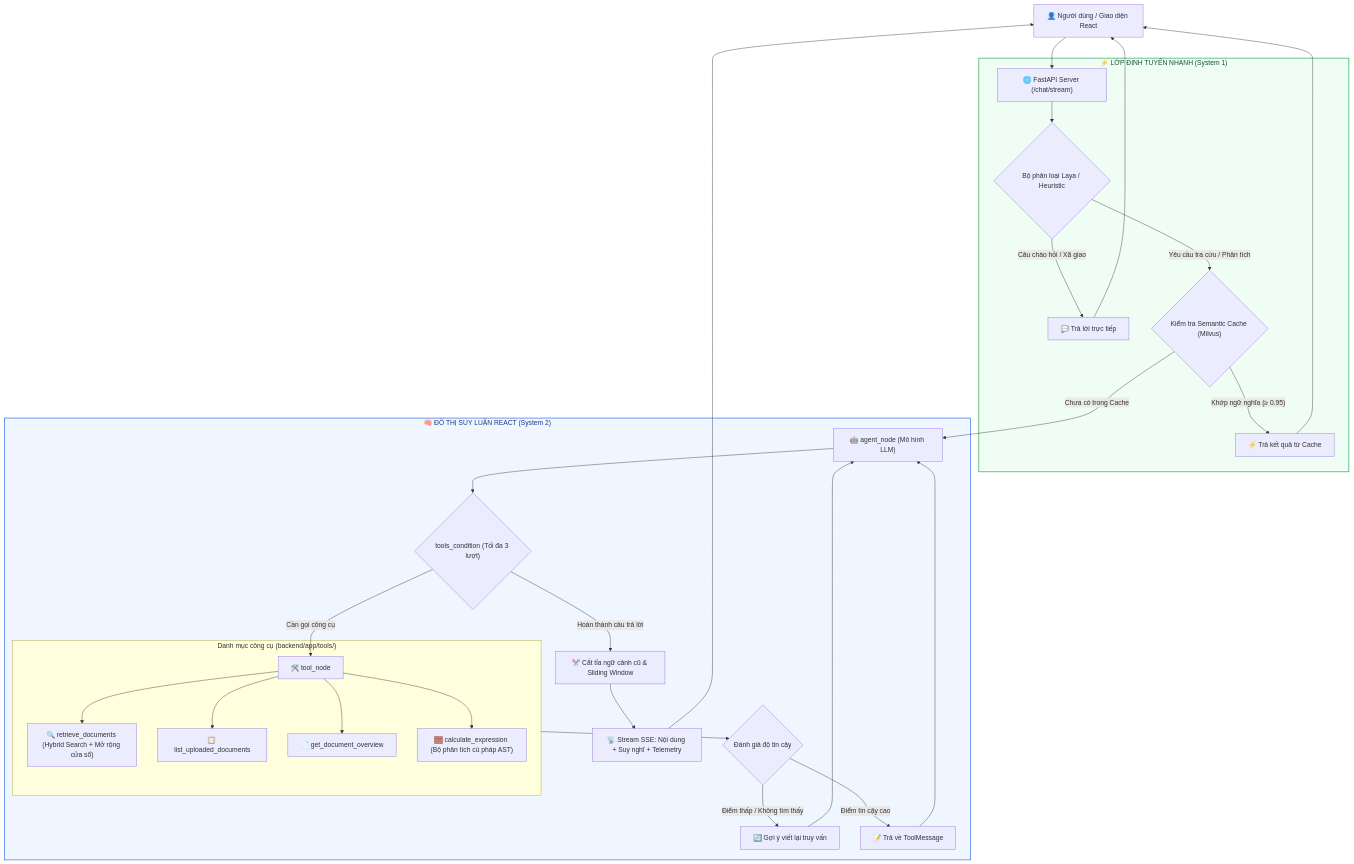
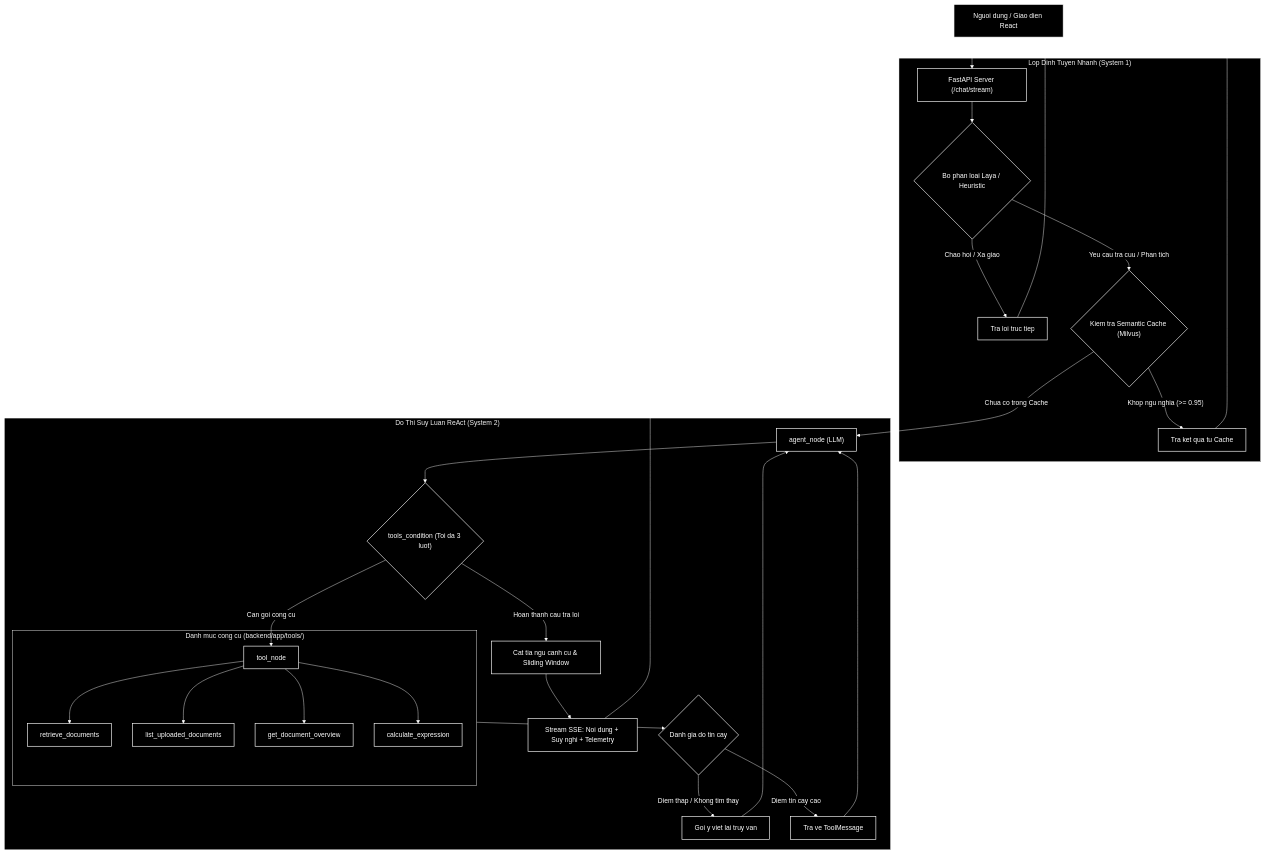
The second of 3 diagrams in README.md (NguyenVietNguyen2612/ai_documents_assistant), drawn with Mermaid before and after one commit. The commit also changed other lines of this file, not shown here.

Commit message:
docs: add directory structure, agent architecture diagram, and dark monochrome styling for mermaid diagrams without icons

````diff
--- a/README.md
+++ b/README.md
@@ -65,42 +174,55 @@
 ```mermaid
+%%{init: {
+  'theme': 'base',
+  'themeVariables': {
+    'background': '#000000',
+    'primaryColor': '#000000',
+    'primaryTextColor': '#ffffff',
+    'primaryBorderColor': '#ffffff',
+    'lineColor': '#ffffff',
+    'textColor': '#ffffff',
+    'edgeLabelBackground': '#000000',
+    'clusterBkg': '#000000',
+    'clusterBorder': '#ffffff'
+  }
+}}%%
 flowchart TD
-    User["👤 Người dùng / Giao diện React"] --> API["🌐 FastAPI Server (/chat/stream)"]
+    User["Nguoi dung / Giao dien React"] --> API["FastAPI Server (/chat/stream)"]
 
-    subgraph System1 ["⚡ LỚP ĐỊNH TUYẾN NHANH (System 1)"]
-        API --> S1_Router{"Bộ phân loại Laya / Heuristic"}
-        S1_Router -- "Câu chào hỏi / Xã giao" --> S1_Direct["💬 Trả lời trực tiếp"]
-        S1_Router -- "Yêu cầu tra cứu / Phân tích" --> S1_Cache{"Kiểm tra Semantic Cache (Milvus)"}
-        S1_Cache -- "Khớp ngữ nghĩa (≥ 0.95)" --> S1_CacheHit["⚡ Trả kết quả từ Cache"]
+    subgraph System1 ["Lop Dinh Tuyen Nhanh (System 1)"]
+        API --> S1_Router{"Bo phan loai Laya / Heuristic"}
+        S1_Router -- "Chao hoi / Xa giao" --> S1_Direct["Tra loi truc tiep"]
+        S1_Router -- "Yeu cau tra cuu / Phan tich" --> S1_Cache{"Kiem tra Semantic Cache (Milvus)"}
+        S1_Cache -- "Khop ngu nghia (>= 0.95)" --> S1_CacheHit["Tra ket qua tu Cache"]
     end
 
-    subgraph System2 ["🧠 ĐỒ THỊ SUY LUẬN REACT (System 2)"]
-        S1_Cache -- "Chưa có trong Cache" --> AgentNode["🤖 agent_node (Mô hình LLM)"]
+    subgraph System2 ["Do Thi Suy Luan ReAct (System 2)"]
+        S1_Cache -- "Chua co trong Cache" --> AgentNode["agent_node (LLM)"]
         
-        AgentNode --> ToolCond{"tools_condition (Tối đa 3 lượt)"}
+        AgentNode --> ToolCond{"tools_condition (Toi da 3 luot)"}
         
-        ToolCond -- "Cần gọi công cụ" --> ToolNode["🛠️ tool_node"]
+        ToolCond -- "Can goi cong cu" --> ToolNode["tool_node"]
         
-        subgraph ToolsCatalog ["Danh mục công cụ (backend/app/tools/)"]
-            ToolNode --> T1["🔍 retrieve_documents (Hybrid Search + Mở rộng cửa sổ)"]
-            ToolNode --> T2["📋 list_uploaded_documents"]
-            ToolNode --> T3["📄 get_document_overview"]
-            ToolNode --> T4["🧮 calculate_expression (Bộ phân tích cú pháp AST)"]
+        subgraph ToolsCatalog ["Danh muc cong cu (backend/app/tools/)"]
+            ToolNode --> T1["retrieve_documents"]
+            ToolNode --> T2["list_uploaded_documents"]
+            ToolNode --> T3["get_document_overview"]
+            ToolNode --> T4["calculate_expression"]
         end
 
-        ToolsCatalog --> CRAG_Eval{"Đánh giá độ tin cậy"}
-        CRAG_Eval -- "Điểm thấp / Không tìm thấy" --> QueryRewrite["🔄 Gợi ý viết lại truy vấn"]
+        ToolsCatalog --> CRAG_Eval{"Danh gia do tin cay"}
+        CRAG_Eval -- "Diem thap / Khong tim thay" --> QueryRewrite["Goi y viet lai truy van"]
         QueryRewrite --> AgentNode
-        CRAG_Eval -- "Điểm tin cậy cao" --> ToolMsg["📝 Trả về ToolMessage"]
+        CRAG_Eval -- "Diem tin cay cao" --> ToolMsg["Tra ve ToolMessage"]
         ToolMsg --> AgentNode
         
-        ToolCond -- "Hoàn thành câu trả lời" --> Pruner["✂️ Cắt tỉa ngữ cảnh cũ & Sliding Window"]
-        Pruner --> FinalStream["📡 Stream SSE: Nội dung + Suy nghĩ + Telemetry"]
+        ToolCond -- "Hoan thanh cau tra loi" --> Pruner["Cat tia ngu canh cu & Sliding Window"]
+        Pruner --> FinalStream["Stream SSE: Noi dung + Suy nghi + Telemetry"]
     end
 
     FinalStream --> User
     S1_Direct --> User
     S1_CacheHit --> User
 
-    style System1 fill:#f0fdf4,stroke:#16a34a,stroke-width:1.5px,color:#14532d
-    style System2 fill:#eff6ff,stroke:#2563eb,stroke-width:1.5px,color:#1e3a8a
+    classDef default fill:#000000,stroke:#ffffff,stroke-width:1.5px,color:#ffffff;
 ```
````
